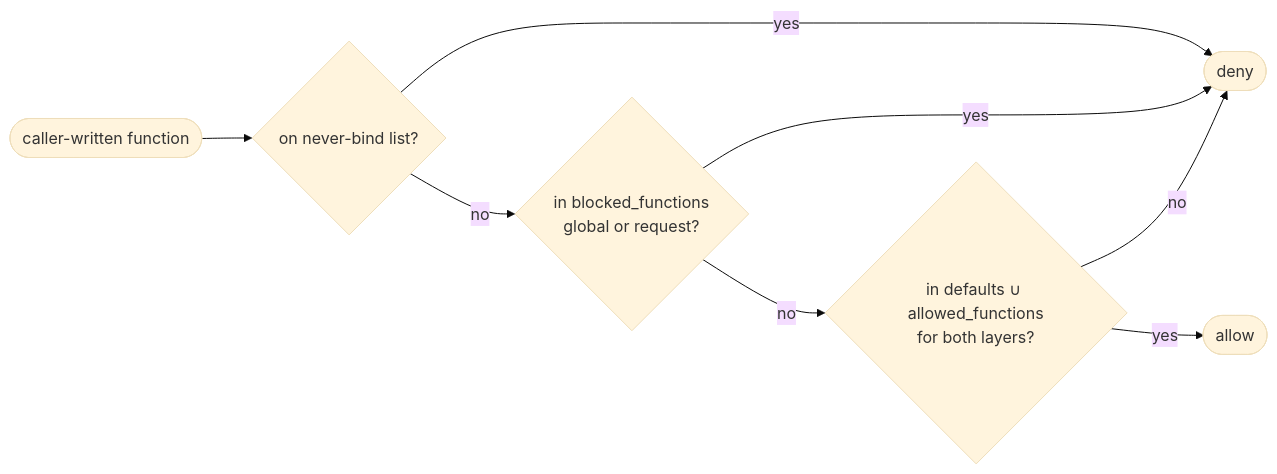
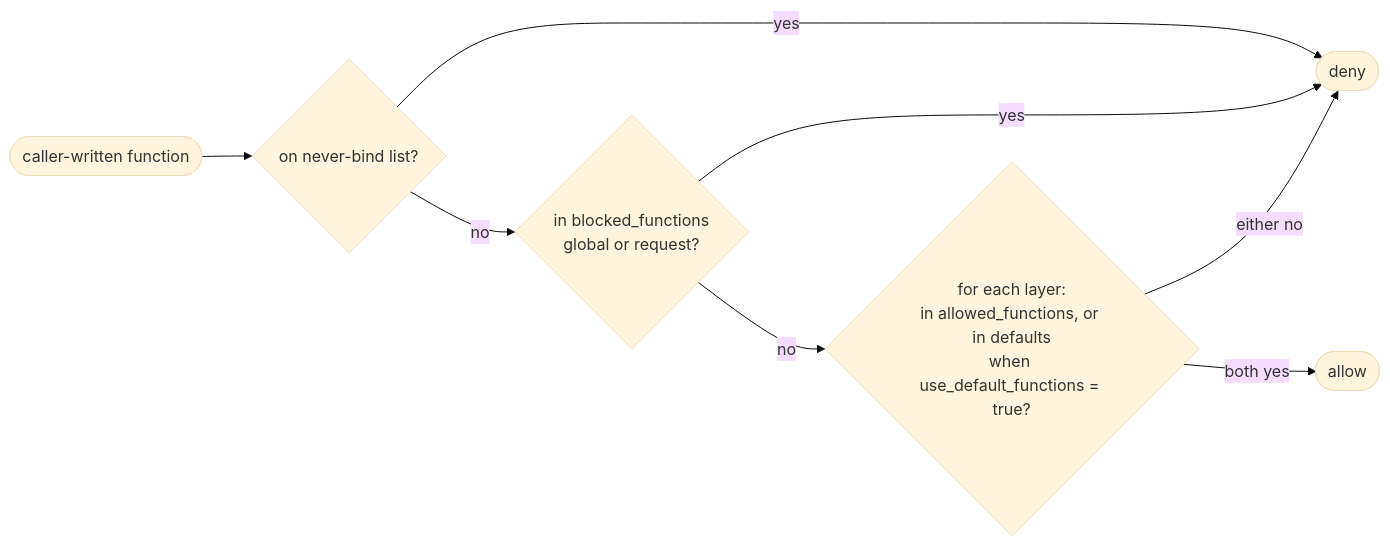
One commit to nozzle/duckdb-gatekeeper changed the second of 3 diagrams in README.md. Above: the diagram before and after it, drawn with Mermaid (base theme). The commit also changed other lines of this file, not shown here.

Commit message:
docs: condition defaults on use_default_functions and qualify trusted-expansion exemption

````diff
--- a/README.md
+++ b/README.md
@@ -223,10 +223,10 @@
 ```mermaid
 flowchart LR
     call([caller-written function]) --> nb{on never-bind list?}
     nb -- yes --> deny([deny])
     nb -- no --> blk{in blocked_functions<br/>global or request?}
     blk -- yes --> deny
-    blk -- no --> allow{"in defaults ∪ allowed_functions<br/>for both layers?"}
-    allow -- yes --> ok([allow])
-    allow -- no --> deny
+    blk -- no --> allow{"for each layer:<br/>in allowed_functions, or in defaults<br/>when use_default_functions = true?"}
+    allow -- both yes --> ok([allow])
+    allow -- either no --> deny
 ```
````
